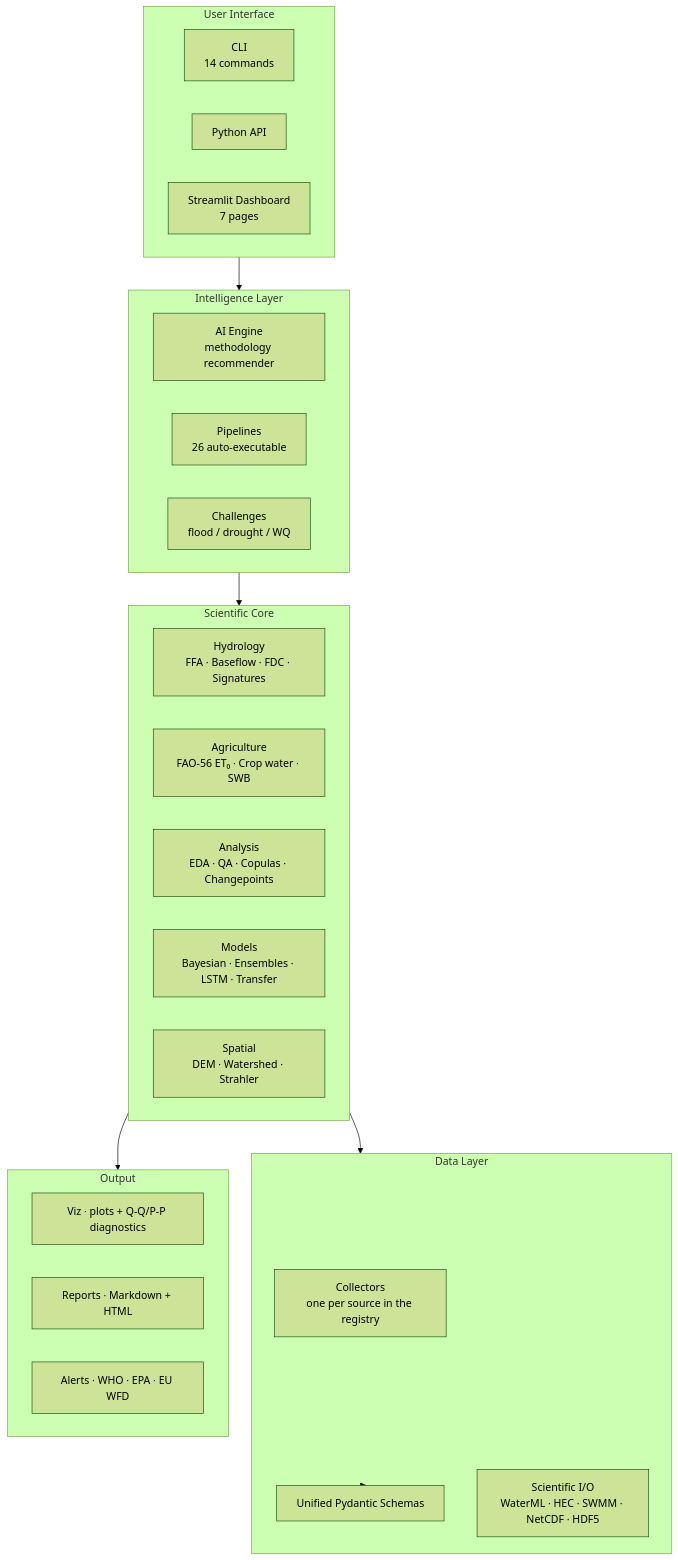
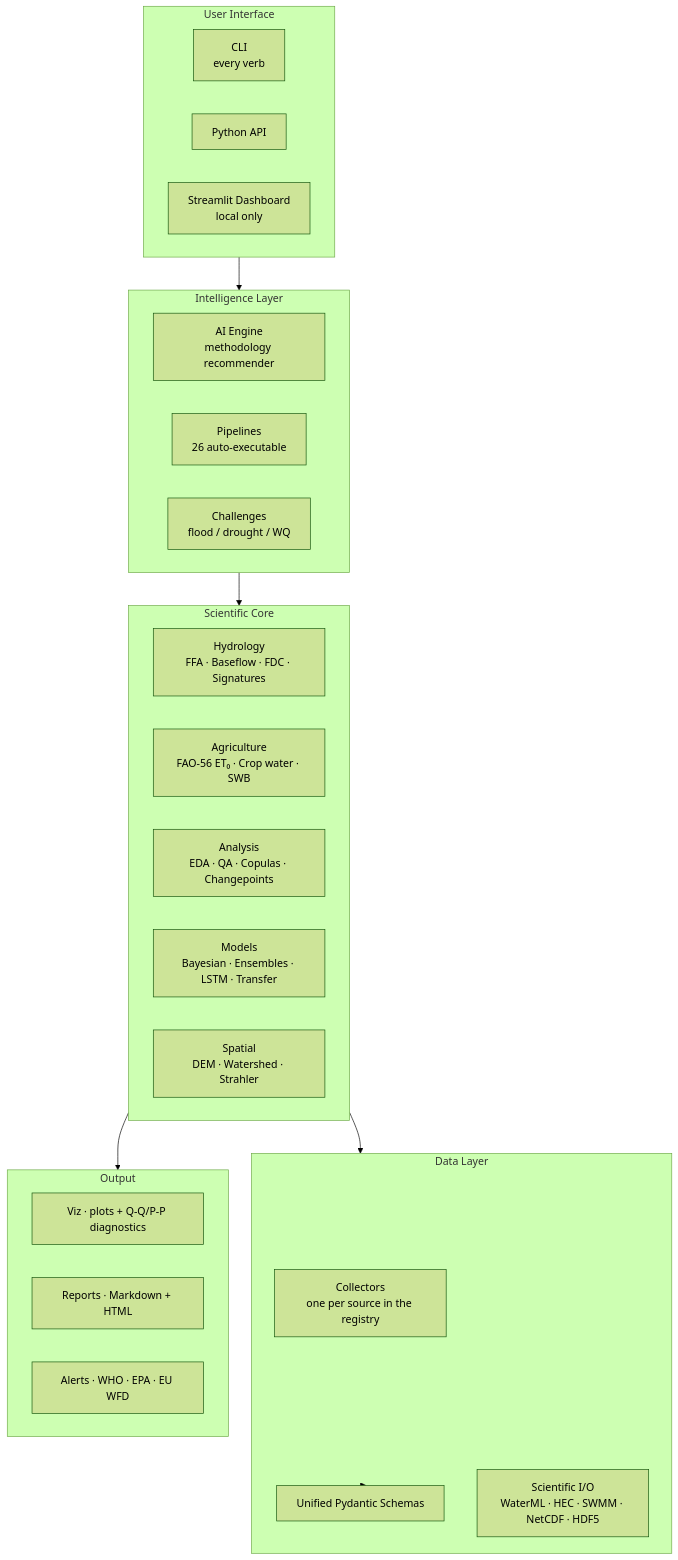
The diagram in docs/guides/architecture.md (Berserker-GM/aquascope), drawn with Mermaid (forest theme) before and after one commit.

Commit message:
docs: drop the CLI and dashboard counts from the architecture diagram (#453)
The diagram said 14 CLI commands against 58 in cli.py. Both labels are
decoration, like the others in that diagram, so they lose the figure.

Claude-Session: https://claude.ai/code/session_012KsQrtfMd6Kp1mtJvubzMF

````diff
--- a/docs/guides/architecture.md
+++ b/docs/guides/architecture.md
@@ -7,40 +7,40 @@
 ```mermaid
 flowchart TB
     subgraph Interface["User Interface"]
-        CLI["CLI<br/>14 commands"]
+        CLI["CLI<br/>every verb"]
         API["Python API"]
-        DASH["Streamlit Dashboard<br/>7 pages"]
+        DASH["Streamlit Dashboard<br/>local only"]
     end
 
     subgraph Intelligence["Intelligence Layer"]
         AI["AI Engine<br/>methodology recommender"]
         PIPE["Pipelines<br/>26 auto-executable"]
         CHAL["Challenges<br/>flood / drought / WQ"]
     end
 
     subgraph Science["Scientific Core"]
         HYD["Hydrology<br/>FFA · Baseflow · FDC · Signatures"]
         AGRI["Agriculture<br/>FAO-56 ET₀ · Crop water · SWB"]
         ANA["Analysis<br/>EDA · QA · Copulas · Changepoints"]
         MODEL["Models<br/>Bayesian · Ensembles · LSTM · Transfer"]
         SPATIAL["Spatial<br/>DEM · Watershed · Strahler"]
     end
 
     subgraph Data["Data Layer"]
         COL["Collectors<br/>one per source in the registry"]
         SCHEMA["Unified Pydantic Schemas"]
         IO["Scientific I/O<br/>WaterML · HEC · SWMM · NetCDF · HDF5"]
     end
 
     subgraph Output["Output"]
         VIZ["Viz · plots + Q-Q/P-P diagnostics"]
         REP["Reports · Markdown + HTML"]
         ALERT["Alerts · WHO · EPA · EU WFD"]
     end
 
     Interface --> Intelligence
     Intelligence --> Science
     Science --> Data
     Science --> Output
     Data --> SCHEMA
 ```
````
